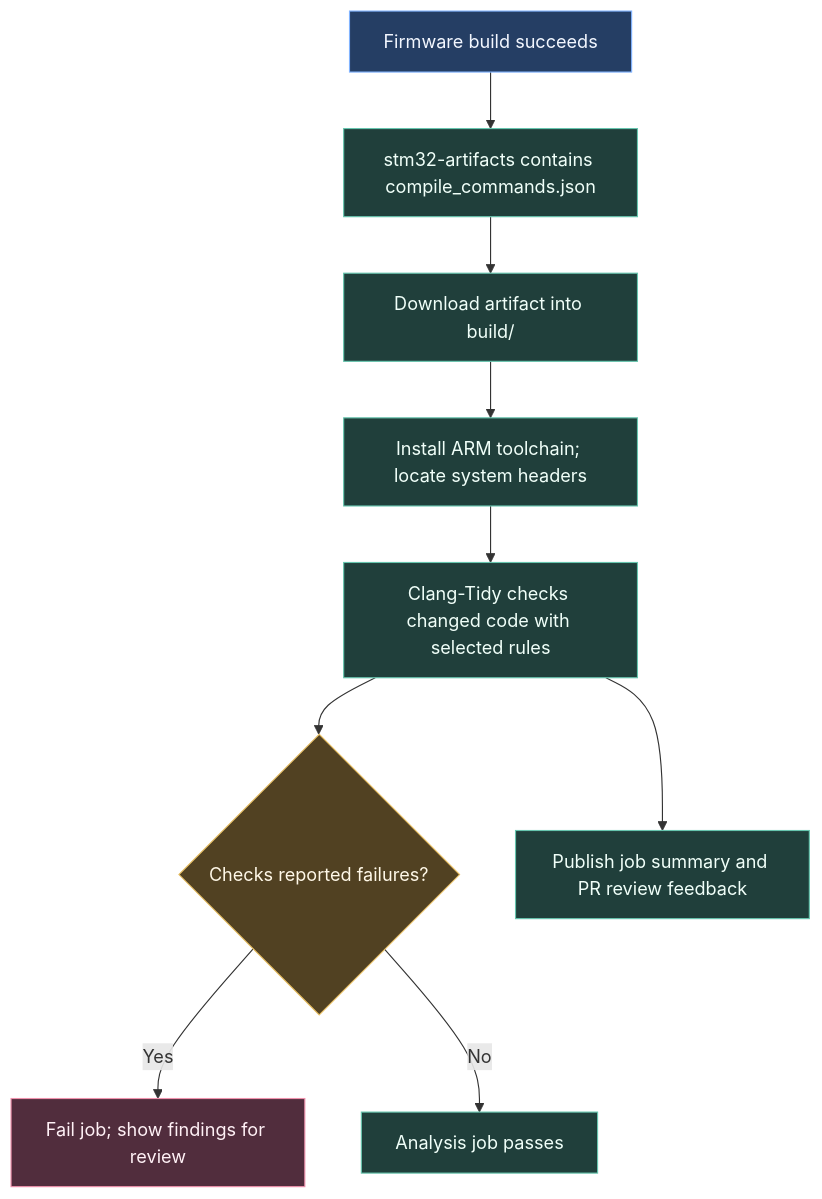
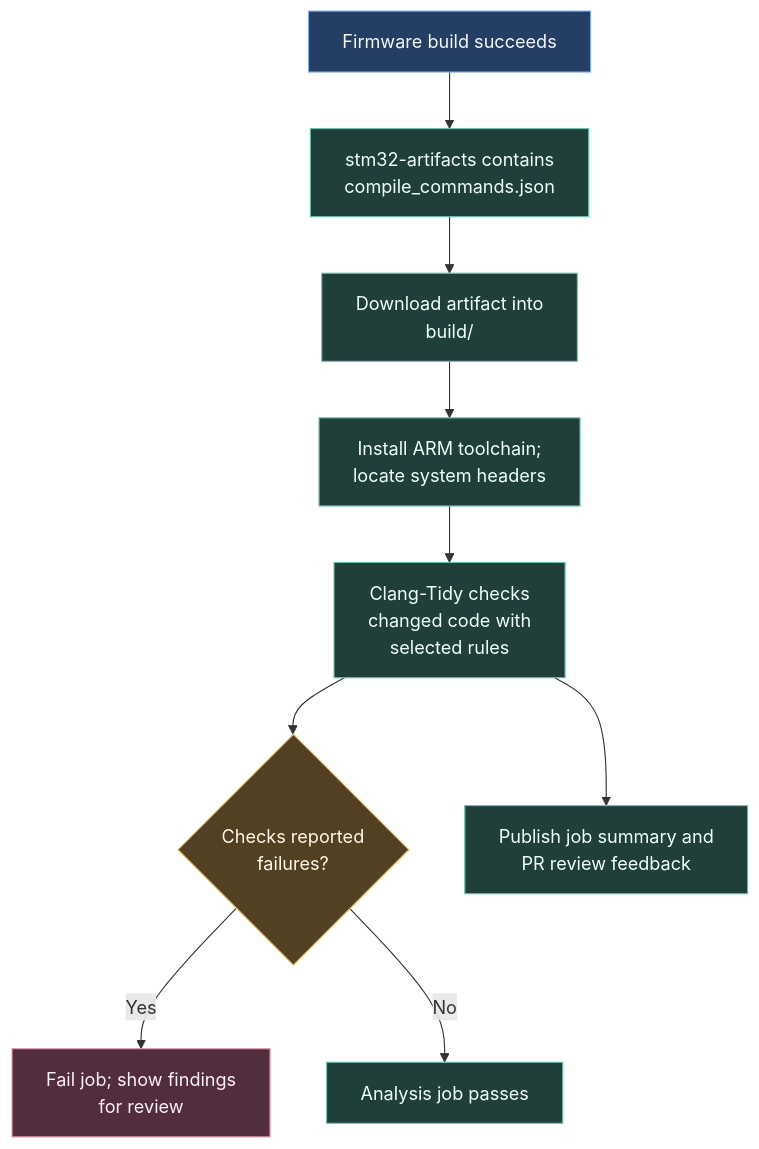
The diagram in docs/ci/static-analysis.md (ARTTU-Software/.github), drawn with Mermaid before and after one commit. The commit also changed 12 other files, not shown here.

Commit message:
docs: keep diagram labels readable within their nodes

````diff
--- a/docs/ci/static-analysis.md
+++ b/docs/ci/static-analysis.md
@@ -10,19 +10,19 @@
 ```mermaid
 flowchart TB
-    BUILD["Firmware build succeeds"] --> ARTIFACT["stm32-artifacts contains compile_commands.json"]
-    ARTIFACT --> DOWNLOAD["Download artifact into build/"]
-    DOWNLOAD --> TARGET["Install ARM toolchain; locate system headers"]
-    TARGET --> ANALYSE["Clang-Tidy checks changed code with selected rules"]
-    ANALYSE --> FINDINGS{"Checks reported failures?"}
-    FINDINGS -->|Yes| FAIL["Fail job; show findings for review"]
+    BUILD["Firmware build succeeds"] --> ARTIFACT["stm32-artifacts contains<br/>compile_commands.json"]
+    ARTIFACT --> DOWNLOAD["Download artifact into<br/>build/"]
+    DOWNLOAD --> TARGET["Install ARM toolchain;<br/>locate system headers"]
+    TARGET --> ANALYSE["Clang-Tidy checks<br/>changed code with<br/>selected rules"]
+    ANALYSE --> FINDINGS{"Checks reported<br/>failures?"}
+    FINDINGS -->|Yes| FAIL["Fail job; show findings<br/>for review"]
     FINDINGS -->|No| PASS["Analysis job passes"]
-    ANALYSE --> REVIEW["Publish job summary and PR review feedback"]
+    ANALYSE --> REVIEW["Publish job summary and<br/>PR review feedback"]
     classDef event fill:#253e64,stroke:#82b4ff,color:#f3f7ff
     classDef work fill:#203f3b,stroke:#66c5ae,color:#f0fff9
     classDef check fill:#514122,stroke:#e8bf63,color:#fff8e8
     classDef failure fill:#512d3d,stroke:#ef91ac,color:#fff1f6
     class BUILD event
     class ARTIFACT,DOWNLOAD,TARGET,ANALYSE,REVIEW,PASS work
     class FINDINGS check
     class FAIL failure
 ```
````
